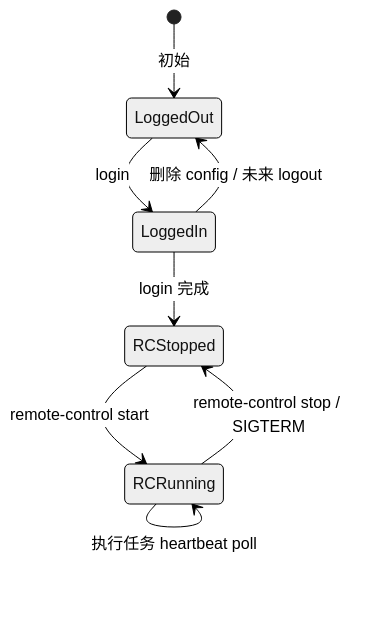
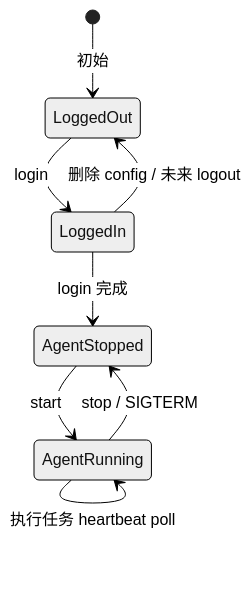
The third of 3 diagrams in docs/architecture/cli-commands.md (zhangfenglin/BuildDock), drawn with Mermaid (neutral theme) before and after one commit. The commit also changed other lines of this file and 8 other files, not shown here.

First line of the commit message:
docs: 去掉 remote-control 父命令，start/stop 提升为顶层

````diff
--- a/docs/architecture/cli-commands.md
+++ b/docs/architecture/cli-commands.md
@@ -468,10 +482,10 @@
 ```mermaid
 stateDiagram-v2
     [*] --> LoggedOut: 初始
     LoggedOut --> LoggedIn: login
     LoggedIn --> LoggedOut: 删除 config / 未来 logout
-    LoggedIn --> RCStopped: login 完成
-    RCStopped --> RCRunning: remote-control start
-    RCRunning --> RCStopped: remote-control stop / SIGTERM
-    RCRunning --> RCRunning: 执行任务 heartbeat poll
+    LoggedIn --> AgentStopped: login 完成
+    AgentStopped --> AgentRunning: start
+    AgentRunning --> AgentStopped: stop / SIGTERM
+    AgentRunning --> AgentRunning: 执行任务 heartbeat poll
 ```
````
